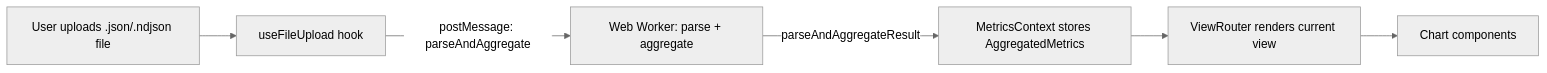
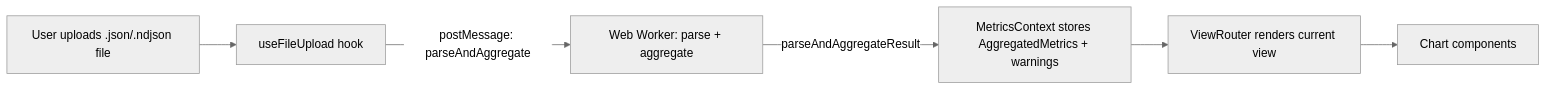
One commit to asizikov-demos/copilot-user-level-statistics-viewer changed the first of 2 diagrams in docs/project-overview.md. Above: the diagram before and after it, drawn with Mermaid (neutral theme). The commit also changed other lines of this file, not shown here.

Commit message:
docs: document partial parse warnings from worker

````diff
--- a/docs/project-overview.md
+++ b/docs/project-overview.md
@@ -69,8 +69,8 @@
 ```mermaid
 flowchart LR
   A[User uploads .json/.ndjson file] --> B[useFileUpload hook]
   B -->|postMessage: parseAndAggregate| W[Web Worker: parse + aggregate]
-  W -->|parseAndAggregateResult| C[MetricsContext stores AggregatedMetrics]
+  W -->|parseAndAggregateResult| C[MetricsContext stores AggregatedMetrics + warnings]
   C --> D[ViewRouter renders current view]
   D --> E[Chart components]
 ```
````
